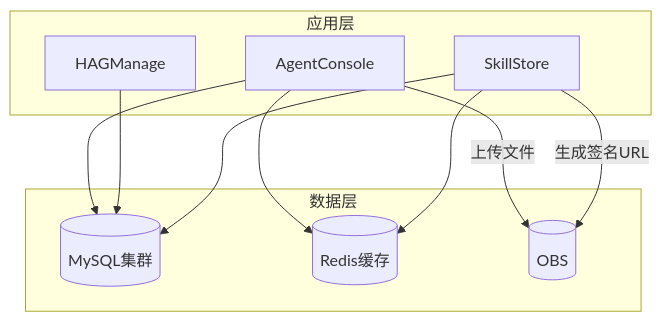
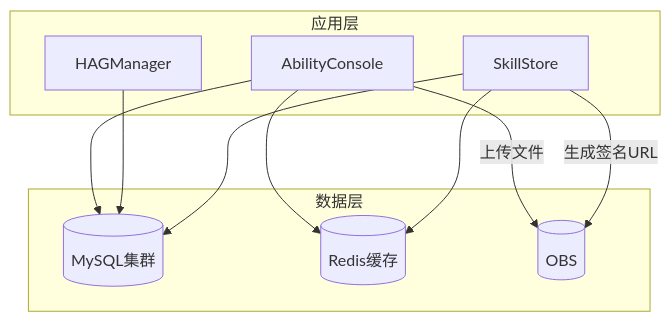
The third of 33 diagrams in architecture-design.md (jinyule/xiaoyi-skill-mgmt), drawn with Mermaid before and after one commit. The commit also changed other lines of this file, not shown here.

````diff
--- a/architecture-design.md
+++ b/architecture-design.md
@@ -83,24 +83,24 @@
 ```mermaid
 graph TB
     subgraph "应用层"
-        AC[AgentConsole]
-        HM[HAGManage]
+        AC[AbilityConsole]
+        HM[HAGManager]
         SS[SkillStore]
     end
 
     subgraph "数据层"
         MySQL[(MySQL集群)]
         Redis[(Redis缓存)]
         OBS[(OBS)]
     end
 
     AC --> MySQL
     HM --> MySQL
     SS --> MySQL
 
     AC --> Redis
     SS --> Redis
 
     AC -->|上传文件| OBS
     SS -->|生成签名URL| OBS
 ```
````
